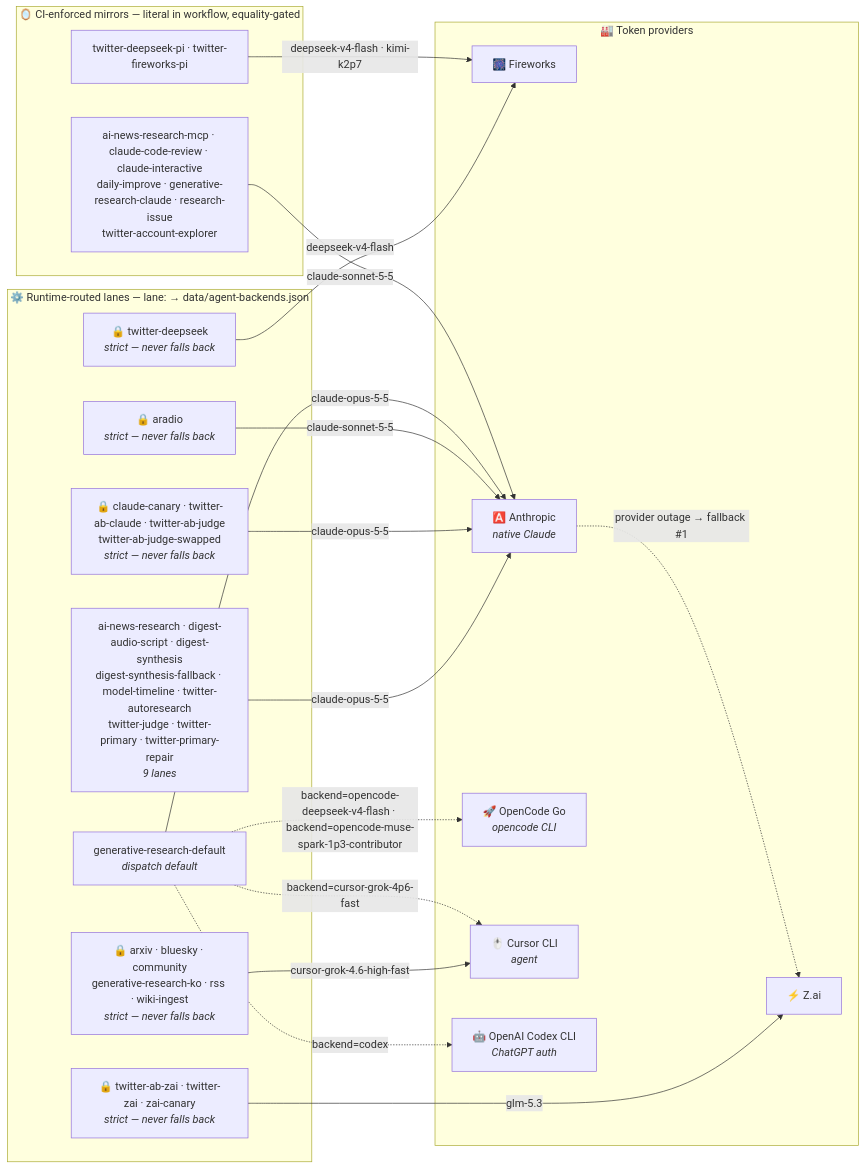
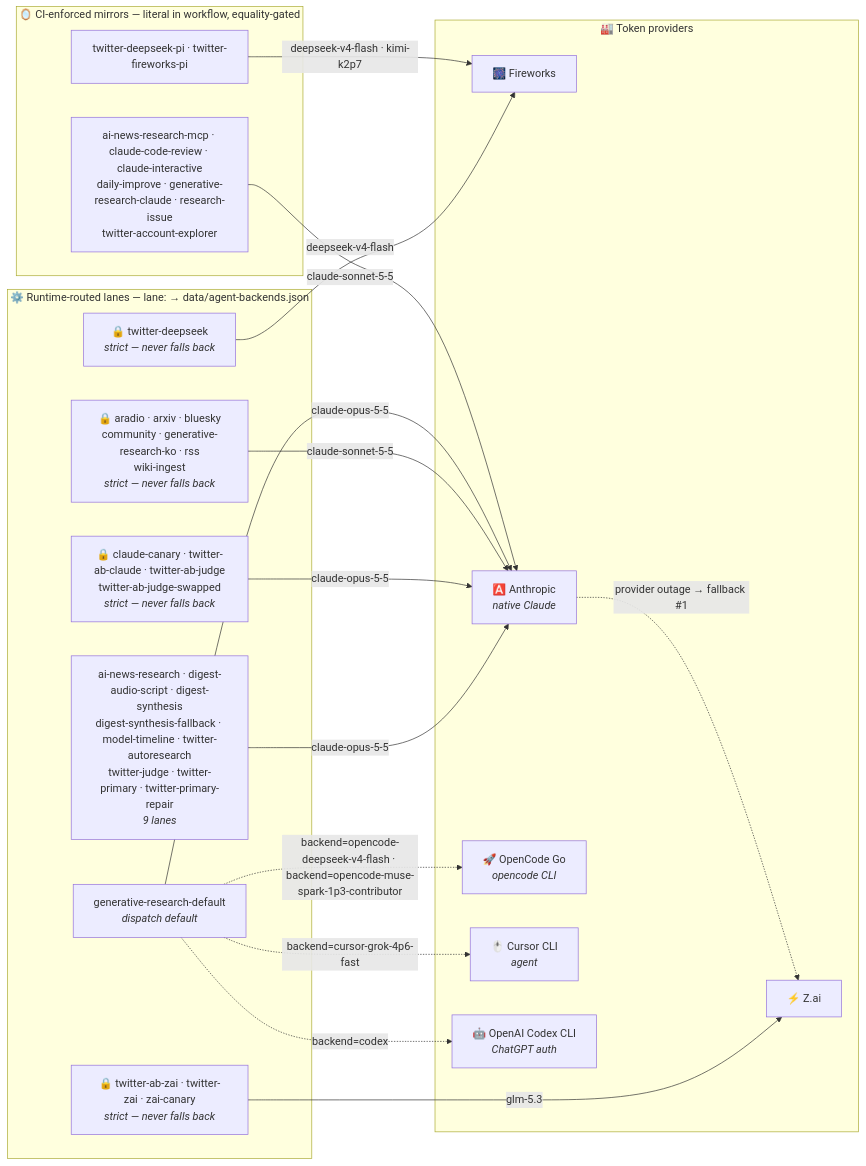
Before and after one commit to guzus/ai-research-arm: the second of 2 diagrams in README.md, drawn with Mermaid. The commit also changed other lines of this file and 24 other files, not shown here.

````diff
--- a/README.md
+++ b/README.md
@@ -155,37 +155,35 @@
 ```mermaid
 flowchart LR
     subgraph runtime["⚙️ Runtime-routed lanes — lane: → data/agent-backends.json"]
         lanes0["ai-news-research · digest-audio-script · digest-synthesis<br/>digest-synthesis-fallback · model-timeline · twitter-autoresearch<br/>twitter-judge · twitter-primary · twitter-primary-repair<br/><i>9 lanes</i>"]
         strict0["🔒 claude-canary · twitter-ab-claude · twitter-ab-judge<br/>twitter-ab-judge-swapped<br/><i>strict — never falls back</i>"]
-        strict1["🔒 aradio<br/><i>strict — never falls back</i>"]
-        strict2["🔒 arxiv · bluesky · community<br/>generative-research-ko · rss · wiki-ingest<br/><i>strict — never falls back</i>"]
-        strict3["🔒 twitter-deepseek<br/><i>strict — never falls back</i>"]
-        strict4["🔒 twitter-ab-zai · twitter-zai · zai-canary<br/><i>strict — never falls back</i>"]
+        strict1["🔒 aradio · arxiv · bluesky<br/>community · generative-research-ko · rss<br/>wiki-ingest<br/><i>strict — never falls back</i>"]
+        strict2["🔒 twitter-deepseek<br/><i>strict — never falls back</i>"]
+        strict3["🔒 twitter-ab-zai · twitter-zai · zai-canary<br/><i>strict — never falls back</i>"]
         gendef["generative-research-default<br/><i>dispatch default</i>"]
     end
     subgraph mirrors["🪞 CI-enforced mirrors — literal in workflow, equality-gated"]
         pi["twitter-deepseek-pi · twitter-fireworks-pi"]
         native["ai-news-research-mcp · claude-code-review · claude-interactive<br/>daily-improve · generative-research-claude · research-issue<br/>twitter-account-explorer"]
     end
     subgraph providers["🏭 Token providers"]
         FW["🎆 Fireworks"]
         ZAI["⚡ Z.ai"]
         ANT["🅰️ Anthropic<br/><i>native Claude</i>"]
         OC["🚀 OpenCode Go<br/><i>opencode CLI</i>"]
         CUR["🖱️ Cursor CLI<br/><i>agent</i>"]
         OAI["🤖 OpenAI Codex CLI<br/><i>ChatGPT auth</i>"]
     end
     lanes0 -->|"claude-opus-5-5"| ANT
     strict0 -->|"claude-opus-5-5"| ANT
     strict1 -->|"claude-sonnet-5-5"| ANT
-    strict2 -->|"cursor-grok-4.6-high-fast"| CUR
-    strict3 -->|"deepseek-v4-flash"| FW
-    strict4 -->|"glm-5.3"| ZAI
+    strict2 -->|"deepseek-v4-flash"| FW
+    strict3 -->|"glm-5.3"| ZAI
     gendef -->|"claude-opus-5-5"| ANT
     pi -->|"deepseek-v4-flash · kimi-k2p7"| FW
     native -->|"claude-sonnet-5-5"| ANT
     gendef -.->|"backend=codex"| OAI
     gendef -.->|"backend=opencode-deepseek-v4-flash · backend=opencode-muse-spark-1p3-contributor"| OC
     gendef -.->|"backend=cursor-grok-4p6-fast"| CUR
     ANT -. "provider outage → fallback #1" .-> ZAI
 ```
````
